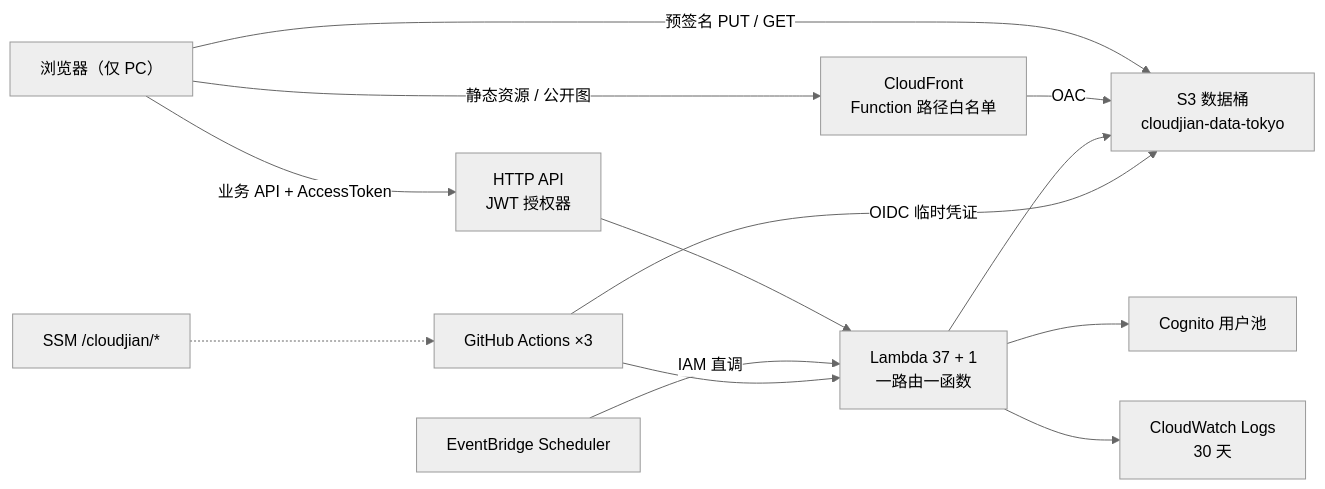
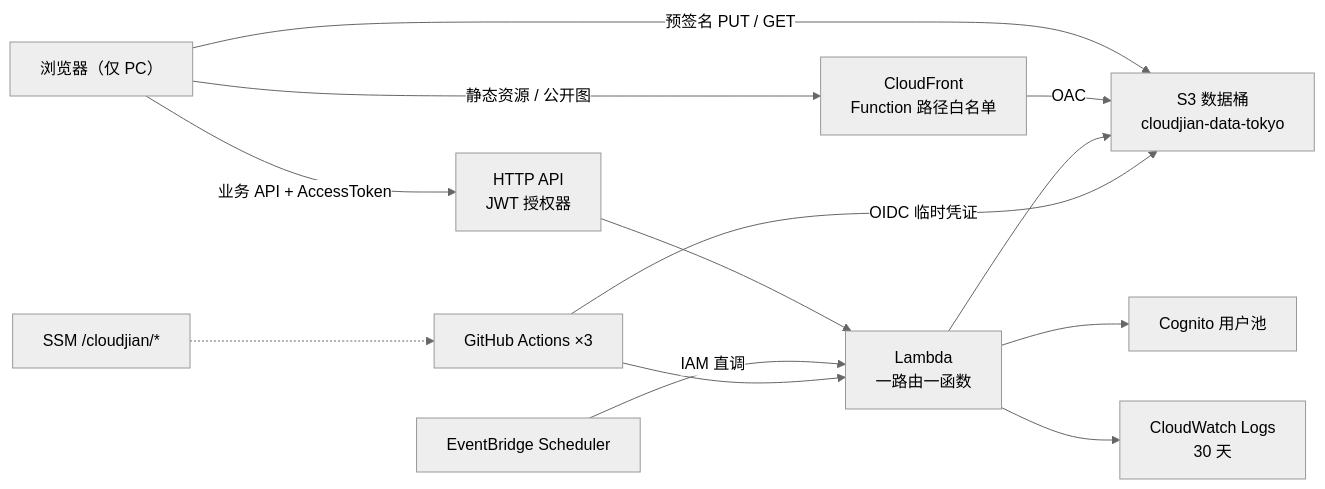
The first of 6 diagrams in docs/云笺-ALL-基线-技术架构-v1.2.md (tengsihai/cloudjian_infra), drawn with Mermaid (neutral theme) before and after one commit. The commit also changed other lines of this file and 26 other files, not shown here.

````diff
--- a/docs/云笺-ALL-基线-技术架构-v1.2.md
+++ b/docs/云笺-ALL-基线-技术架构-v1.2.md
@@ -55,15 +55,15 @@
 ```mermaid
 flowchart LR
   B["浏览器（仅 PC）"] -->|"静态资源 / 公开图"| CF["CloudFront<br/>Function 路径白名单"]
   B -->|"业务 API + AccessToken"| APIG["HTTP API<br/>JWT 授权器"]
   B -->|"预签名 PUT / GET"| S3["S3 数据桶<br/>cloudjian-data-tokyo"]
   CF -->|"OAC"| S3
-  APIG --> L["Lambda 37 + 1<br/>一路由一函数"]
+  APIG --> L["Lambda<br/>一路由一函数"]
   L --> S3
   L --> COG["Cognito 用户池"]
   L --> CW["CloudWatch Logs<br/>30 天"]
   SCH["EventBridge Scheduler"] -->|"IAM 直调"| L
   GHA["GitHub Actions ×3"] -->|"OIDC 临时凭证"| S3
   GHA --> L
   SSM["SSM /cloudjian/*"] -.-> GHA
 ```
````
